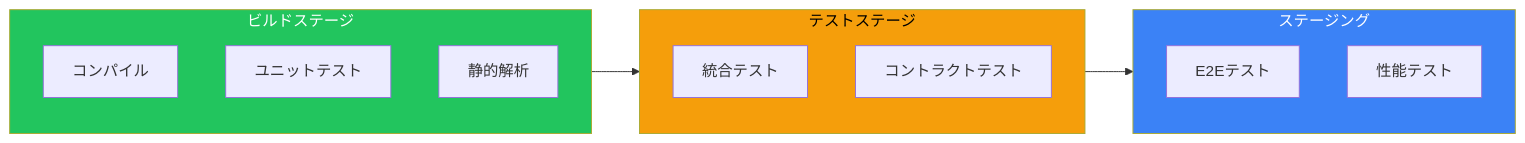
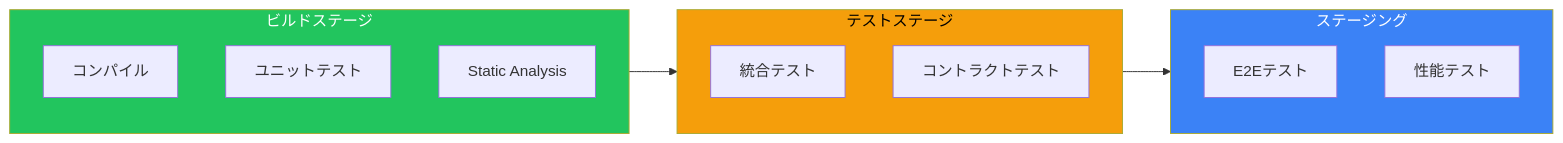
One commit to shunkus/shunku.net changed the second of 3 diagrams in content/blog/ja/aws-cicd-testing-strategies.md. Above: the diagram before and after it, drawn with Mermaid. The commit also changed other lines of this file and 56 other files, not shown here.

````diff
--- a/content/blog/ja/aws-cicd-testing-strategies.md
+++ b/content/blog/ja/aws-cicd-testing-strategies.md
@@ -44,25 +44,25 @@
 ```mermaid
 flowchart LR
     subgraph Build["ビルドステージ"]
         Compile["コンパイル"]
         Unit["ユニットテスト"]
-        SAST["静的解析"]
+        SAST["Static Analysis"]
     end
 
     subgraph Test["テストステージ"]
         Integration["統合テスト"]
         Contract["コントラクトテスト"]
     end
 
     subgraph Staging["ステージング"]
         E2E["E2Eテスト"]
         Performance["性能テスト"]
     end
 
     Build --> Test
     Test --> Staging
 
     style Build fill:#22c55e,color:#fff
     style Test fill:#f59e0b,color:#000
     style Staging fill:#3b82f6,color:#fff
 ```
````
